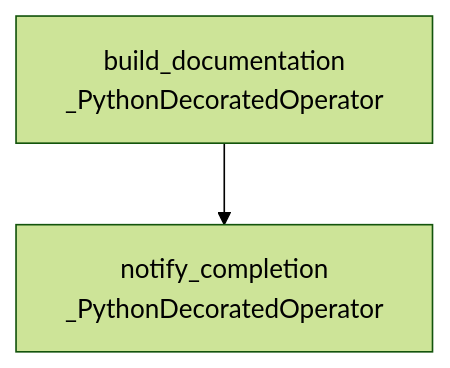
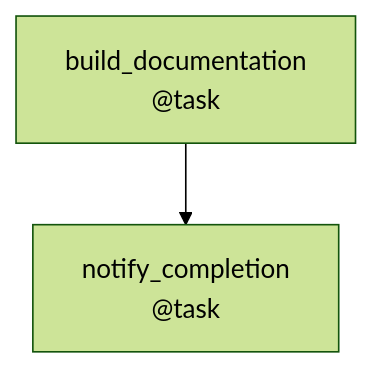
One commit to itsraushan99/Airflow-docs-auto-test changed the diagram in Documentation/generate_dag_documentation_docs.md. Above: the diagram before and after it, drawn with Mermaid (forest theme). The commit also changed other lines of this file, not shown here.

Commit message:
Update DAG documentation [skip ci]

````diff
--- a/Documentation/generate_dag_documentation_docs.md
+++ b/Documentation/generate_dag_documentation_docs.md
@@ -22,6 +22,6 @@
 ```mermaid
 flowchart TD
-    task_1["build_documentation<br/>_PythonDecoratedOperator"]
-    task_2["notify_completion<br/>_PythonDecoratedOperator"]
+    task_1["build_documentation<br/>@task"]
+    task_2["notify_completion<br/>@task"]
     task_1 --> task_2
 ```
````
